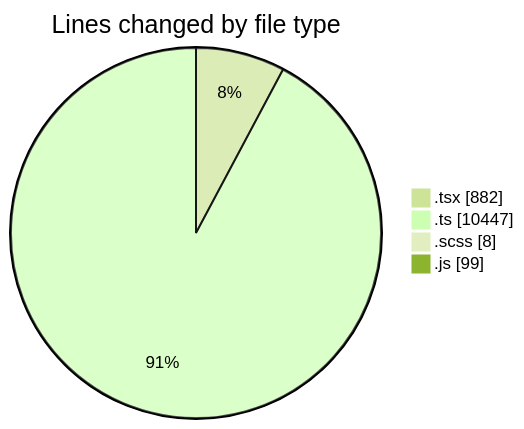
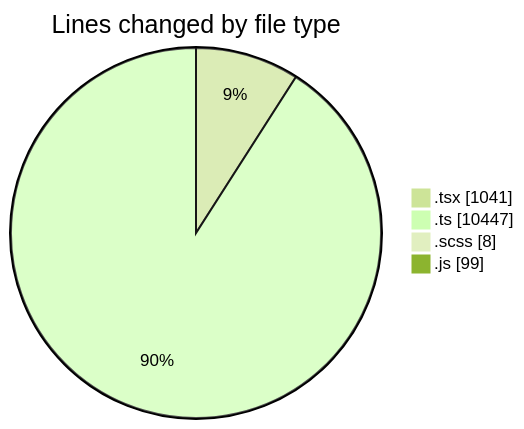
Before and after one commit to momahboobian/code-tracking: the first of 2 diagrams in 2025-03-26/cda/README.md, drawn with Mermaid (forest theme). The commit also changed other lines of this file and 1 other file, not shown here.

````diff
--- a/2025-03-26/cda/README.md
+++ b/2025-03-26/cda/README.md
@@ -41,8 +41,8 @@
 ```mermaid
 pie showData
 title Lines changed by file type
-".tsx" : 882
+".tsx" : 1041
 ".ts" : 10447
 ".scss" : 8
 ".js" : 99
 ```
````
